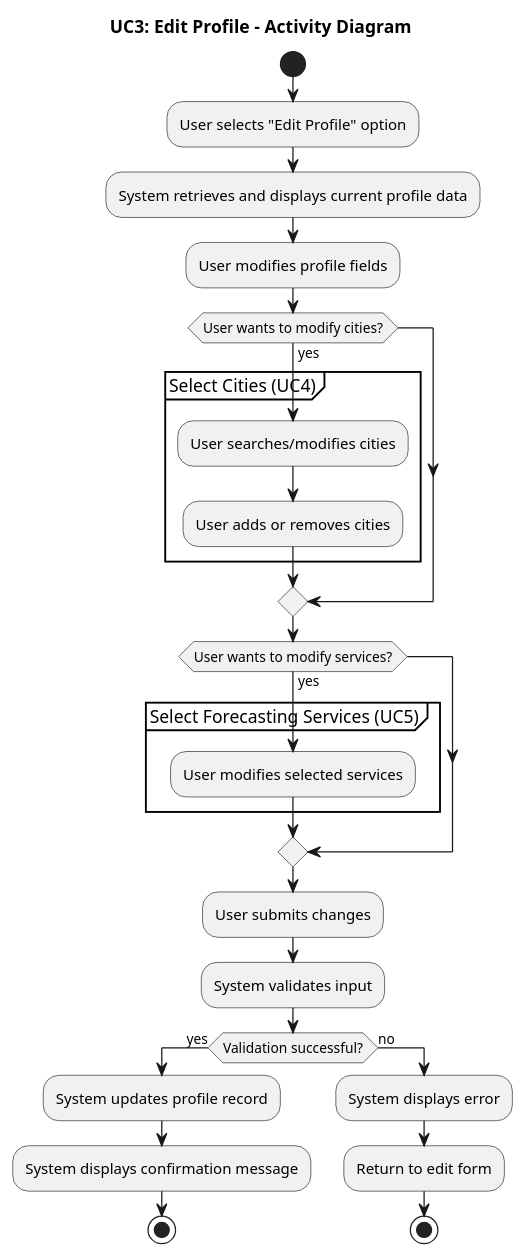
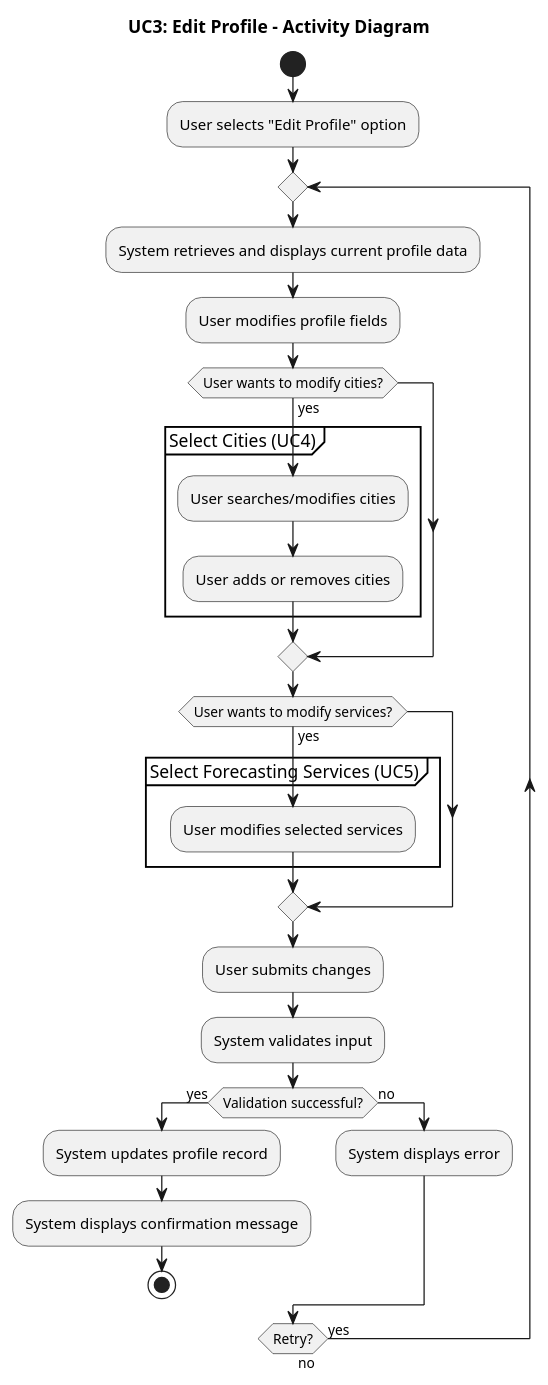
Before and after one commit to ManosMorf97/Weather-Forecasts-AI-Remastered: the diagram in requirements/activity_diagrams/UC3_Edit_Profile.puml, drawn with PlantUML. The commit also changed 22 other files, not shown here.

Commit message:
activity diagrams pictures

```diff
--- a/requirements/activity_diagrams/UC3_Edit_Profile.puml
+++ b/requirements/activity_diagrams/UC3_Edit_Profile.puml
@@ -1,36 +1,36 @@
 @startuml UC3_Edit_Profile_Activity_Diagram
 
 title UC3: Edit Profile - Activity Diagram
 
 start
 :User selects "Edit Profile" option;
-:System retrieves and displays current profile data;
-:User modifies profile fields;
+repeat
+  :System retrieves and displays current profile data;
+  :User modifies profile fields;
 
-if (User wants to modify cities?) then (yes)
-  partition "Select Cities (UC4)" {
-    :User searches/modifies cities;
-    :User adds or removes cities;
-  }
-endif
+  if (User wants to modify cities?) then (yes)
+    partition "Select Cities (UC4)" {
+      :User searches/modifies cities;
+      :User adds or removes cities;
+    }
+  endif
 
-if (User wants to modify services?) then (yes)
-  partition "Select Forecasting Services (UC5)" {
-    :User modifies selected services;
-  }
-endif
+  if (User wants to modify services?) then (yes)
+    partition "Select Forecasting Services (UC5)" {
+      :User modifies selected services;
+    }
+  endif
 
-:User submits changes;
-:System validates input;
+  :User submits changes;
+  :System validates input;
 
-if (Validation successful?) then (yes)
-  :System updates profile record;
-  :System displays confirmation message;
-  stop
-else (no)
-  :System displays error;
-  :Return to edit form;
-  stop
-endif
+  if (Validation successful?) then (yes)
+    :System updates profile record;
+    :System displays confirmation message;
+    stop
+  else (no)
+    :System displays error;
+  endif
+repeat while (Retry?) is (yes) not (no)
 
 @enduml
```
